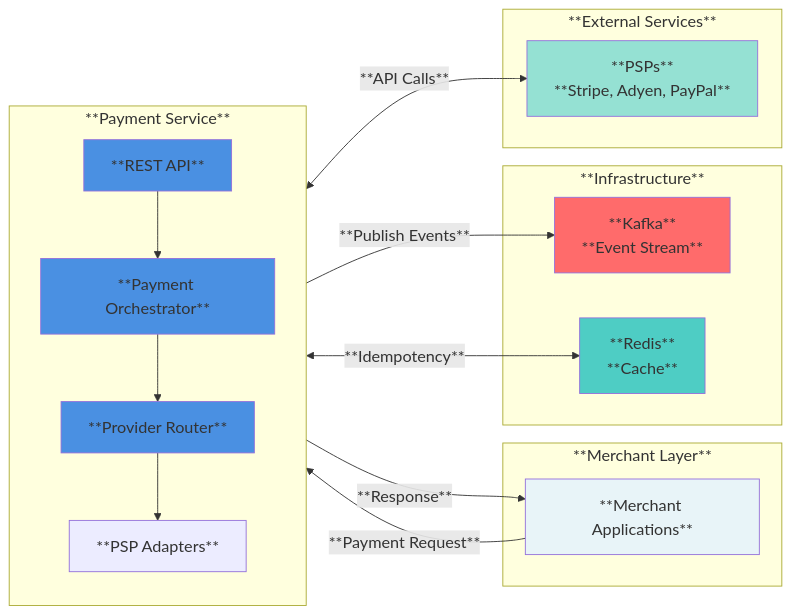
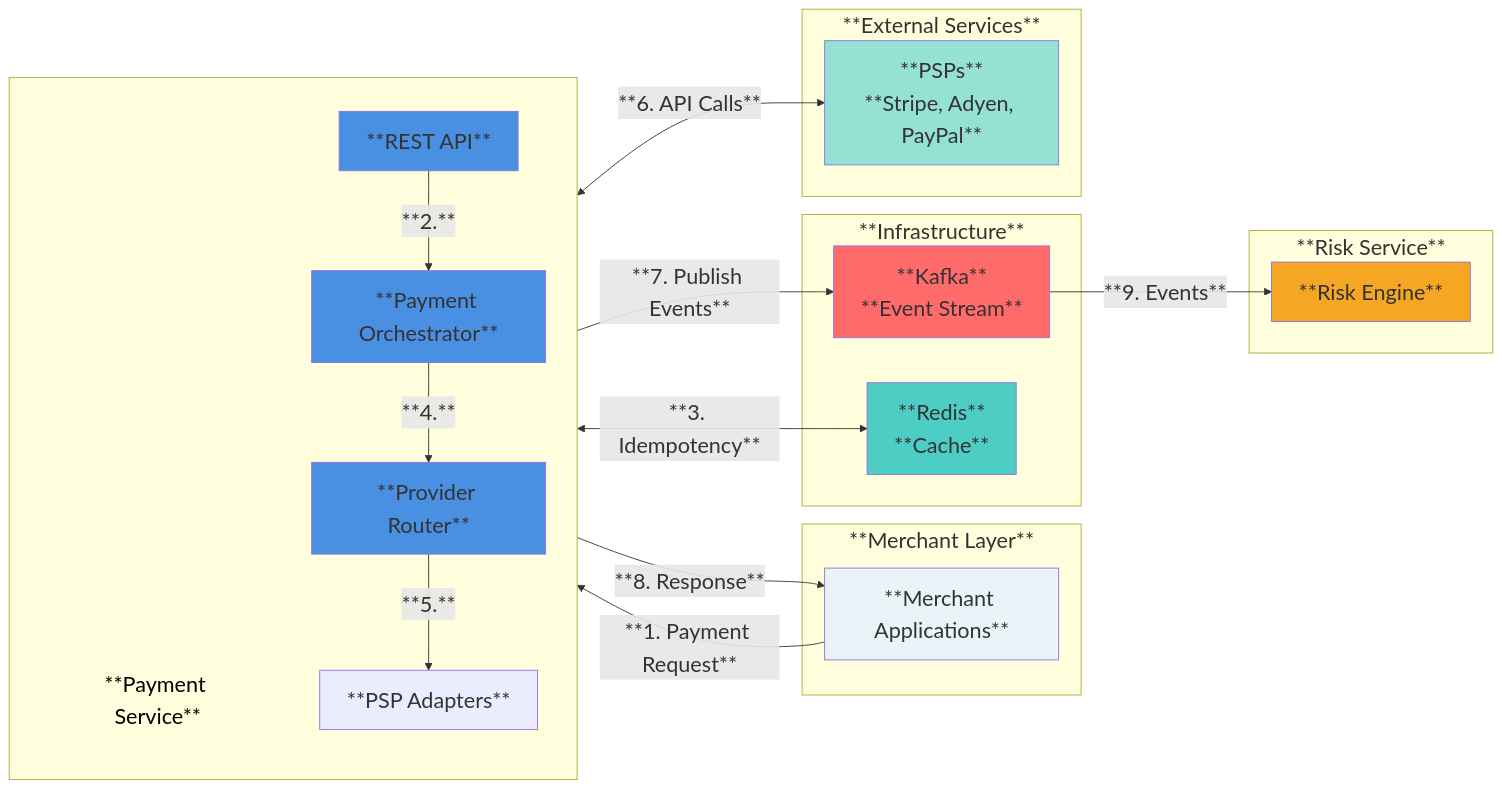
Before and after one commit to mehal1/payment-integration-framework: the first of 2 diagrams in README.md, drawn with Mermaid. The commit also changed other lines of this file, not shown here.

````diff
--- a/README.md
+++ b/README.md
@@ -107,49 +107,59 @@
 ```mermaid
 ---
 config:
   themeVariables:
-    fontSize: 18px
+    fontSize: 24px
     fontFamily: ''
     primaryTextColor: '#000000'
     lineColor: '#333333'
+    primaryBorderColor: '#333333'
+    subgraphPadding: 50
   layout: dagre
 ---
 graph LR
     subgraph ML["**Merchant Layer**"]
         MerchantApps[**Merchant Applications**]
     end
 
-    subgraph PS["**Payment Service**"]
+    subgraph PS[" "]
         direction TB
+        PSLabel["**Payment Service**"]
         API[**REST API**]
         Orchestrator[**Payment Orchestrator**]
         Router[**Provider Router**]
         Adapters[**PSP Adapters**]
-        API --> Orchestrator
-        Orchestrator --> Router
-        Router --> Adapters
     end
 
     subgraph DL["**Infrastructure**"]
         Kafka[**Kafka**<br/>**Event Stream**]
         Redis[**Redis**<br/>**Cache**]
     end
 
+    subgraph RS["**Risk Service**"]
+        RiskEngine[**Risk Engine**]
+    end
+
     subgraph ES["**External Services**"]
         PSPs[**PSPs**<br/>**Stripe, Adyen, PayPal**]
     end
 
-    MerchantApps -->|**Payment Request**| API
-    Orchestrator <-->|**Idempotency**| Redis
-    Adapters <-->|**API Calls**| PSPs
-    Orchestrator -->|**Publish Events**| Kafka
-    API -->|**Response**| MerchantApps
+    MerchantApps -->|**1. Payment Request**| API
+    API -->|**2.**| Orchestrator
+    Orchestrator <-->|**3. Idempotency**| Redis
+    Orchestrator -->|**4.**| Router
+    Router -->|**5.**| Adapters
+    Adapters <-->|**6. API Calls**| PSPs
+    Orchestrator -->|**7. Publish Events**| Kafka
+    Kafka -->|**9. Events**| RiskEngine
+    API -->|**8. Response**| MerchantApps
 
     style API fill:#4A90E2
     style Orchestrator fill:#4A90E2
     style Router fill:#4A90E2
     style Kafka fill:#FF6B6B
     style Redis fill:#4ECDC4
     style PSPs fill:#95E1D3
     style MerchantApps fill:#E8F4F8
+    style PSLabel fill:transparent,stroke:transparent,color:#000000
+    style RiskEngine fill:#F5A623
 ```
````
